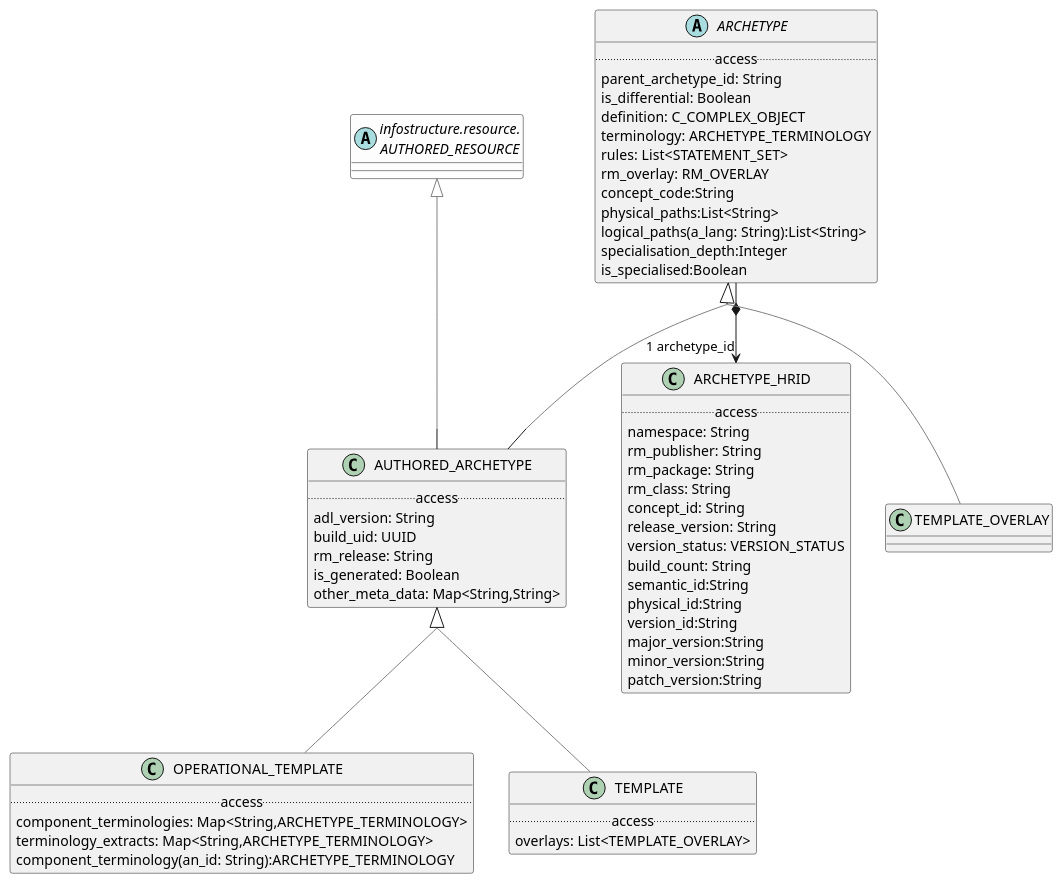
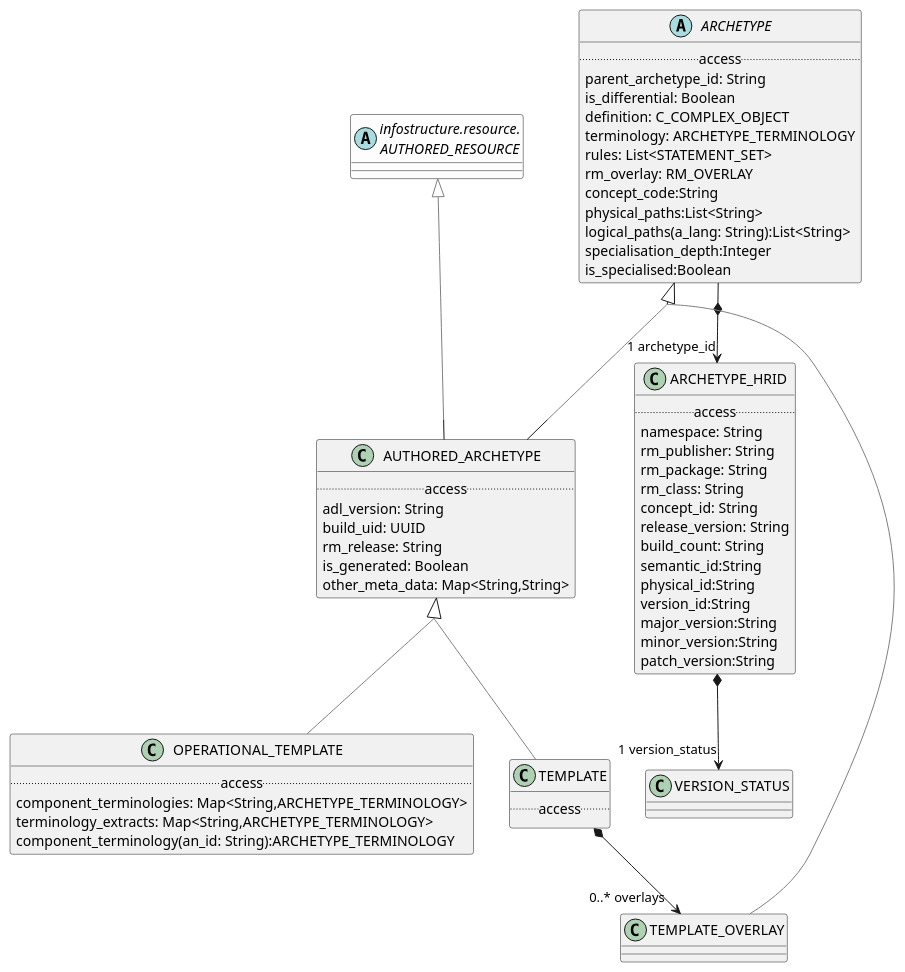
One commit to wolandscat/openehr-doc changed the diagram in modules/ROOT/examples/bmm/languages/aom2/archetype/archetype-package-uml.adoc. Above: the diagram before and after it, drawn with PlantUML. The commit also changed 26 other files, not shown here.

```diff
--- a/modules/ROOT/examples/bmm/languages/aom2/archetype/archetype-package-uml.adoc
+++ b/modules/ROOT/examples/bmm/languages/aom2/archetype/archetype-package-uml.adoc
@@ -57,7 +57,6 @@
         rm_class: String
         concept_id: String
         release_version: String
-        version_status: VERSION_STATUS
         build_count: String
         semantic_id:String
         physical_id:String
@@ -68,6 +67,8 @@
 }
 
 
+ARCHETYPE_HRID *--> "1 version_status" VERSION_STATUS
+
 class TEMPLATE_OVERLAY [[/openehr-doc/latest/languages/aom2-gen.html#_class_template_overlay]] {
 }
 
@@ -76,11 +77,12 @@
 
 class TEMPLATE [[/openehr-doc/latest/languages/aom2-gen.html#_class_template]] {
         .. access ..
-        overlays: List<TEMPLATE_OVERLAY>
 }
 
 TEMPLATE -[#gray]up-|> AUTHORED_ARCHETYPE  
 
+
+TEMPLATE *--> "0..* overlays" TEMPLATE_OVERLAY
 abstract class "infostructure.resource.\nAUTHORED_RESOURCE" as AUTHORED_RESOURCE  [[/openehr-doc/latest/infostructure/resource-gen.html#_class_authored_resource]] #FDFDFD {
 }
 
```
